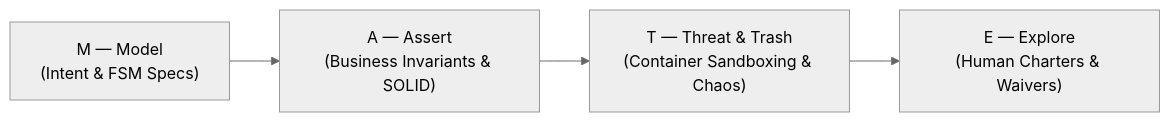
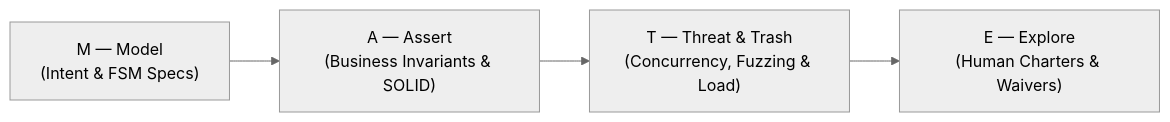
Before and after one commit to mate-sdt/.github: the diagram in profile/README.md, drawn with Mermaid (neutral theme). The commit also changed other lines of this file, not shown here.

````diff
--- a/profile/README.md
+++ b/profile/README.md
@@ -72,6 +72,6 @@
 ```mermaid
 flowchart LR
     M["M — Model<br/>(Intent & FSM Specs)"] --> A["A — Assert<br/>(Business Invariants & SOLID)"]
-    A --> T["T — Threat & Trash<br/>(Container Sandboxing & Chaos)"]
+    A --> T["T — Threat & Trash<br/>(Concurrency, Fuzzing & Load)"]
     T --> E["E — Explore<br/>(Human Charters & Waivers)"]
 ```
````
